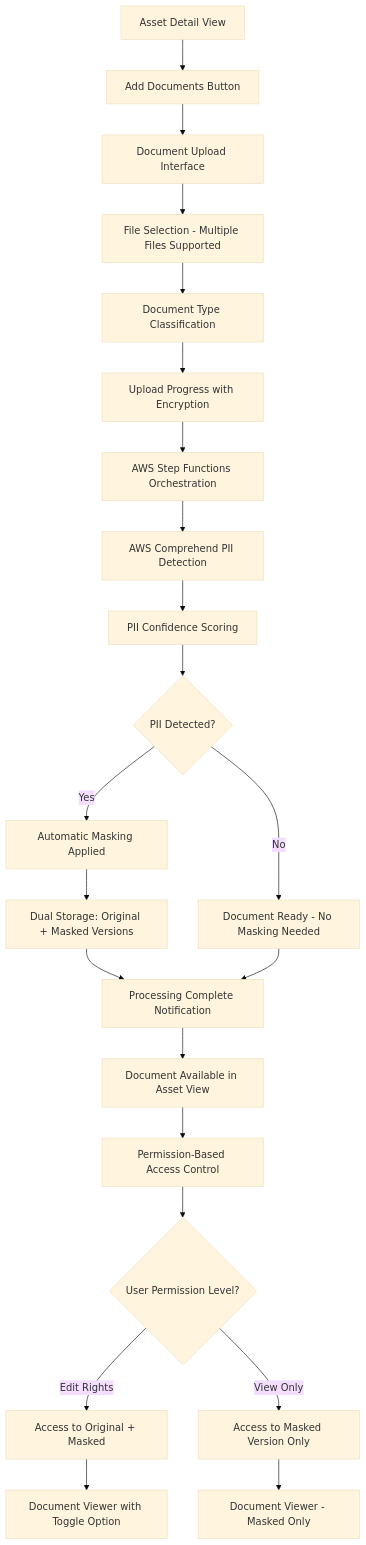
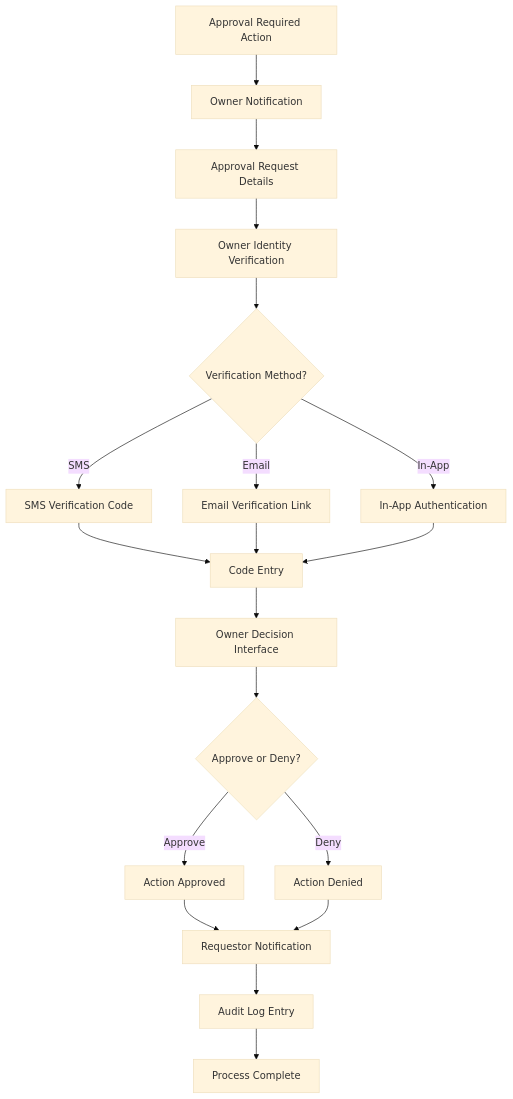
The eighth of 15 diagrams in docs/front-end-spec.md (thseitz/FWD-INH), drawn with Mermaid (base theme) before and after one commit. The commit also changed other lines of this file and 19 other files, not shown here.

First line of the commit message:
feat: comprehensive HEI integration and Builder.io CMS architecture

````diff
--- a/docs/front-end-spec.md
+++ b/docs/front-end-spec.md
@@ -276,24 +661,26 @@
 ```mermaid
 graph TD
-    A[Asset Detail View] --> B[Add Documents Button]
-    B --> C[Document Upload Interface]
-    C --> D[File Selection - Multiple Files Supported]
-    D --> E[Document Type Classification]
-    E --> F[Upload Progress with Encryption]
-    F --> G[AWS Step Functions Orchestration]
-    G --> H[AWS Comprehend PII Detection]
-    H --> I[PII Confidence Scoring]
-    I --> J{PII Detected?}
-    J -->|Yes| K[Automatic Masking Applied]
-    J -->|No| L[Document Ready - No Masking Needed]
-    K --> M[Dual Storage: Original + Masked Versions]
-    M --> N[Processing Complete Notification]
-    L --> N
-    N --> O[Document Available in Asset View]
-    O --> P[Permission-Based Access Control]
-    P --> Q{User Permission Level?}
-    Q -->|Edit Rights| R[Access to Original + Masked]
-    Q -->|View Only| S[Access to Masked Version Only]
-    R --> T[Document Viewer with Toggle Option]
-    S --> U[Document Viewer - Masked Only]
+    A[Approval Required Action] --> B[Owner Notification]
+    B --> C[Approval Request Details]
+    C --> D[Owner Identity Verification]
+    D --> E{Verification Method?}
+    
+    E -->|SMS| F[SMS Verification Code]
+    E -->|Email| G[Email Verification Link]
+    E -->|In-App| H[In-App Authentication]
+    
+    F --> I[Code Entry]
+    G --> I
+    H --> I
+    
+    I --> J[Owner Decision Interface]
+    J --> K{Approve or Deny?}
+    
+    K -->|Approve| L[Action Approved]
+    K -->|Deny| M[Action Denied]
+    
+    L --> N[Requestor Notification]
+    M --> N
+    N --> O[Audit Log Entry]
+    O --> P[Process Complete]
 ```
````
